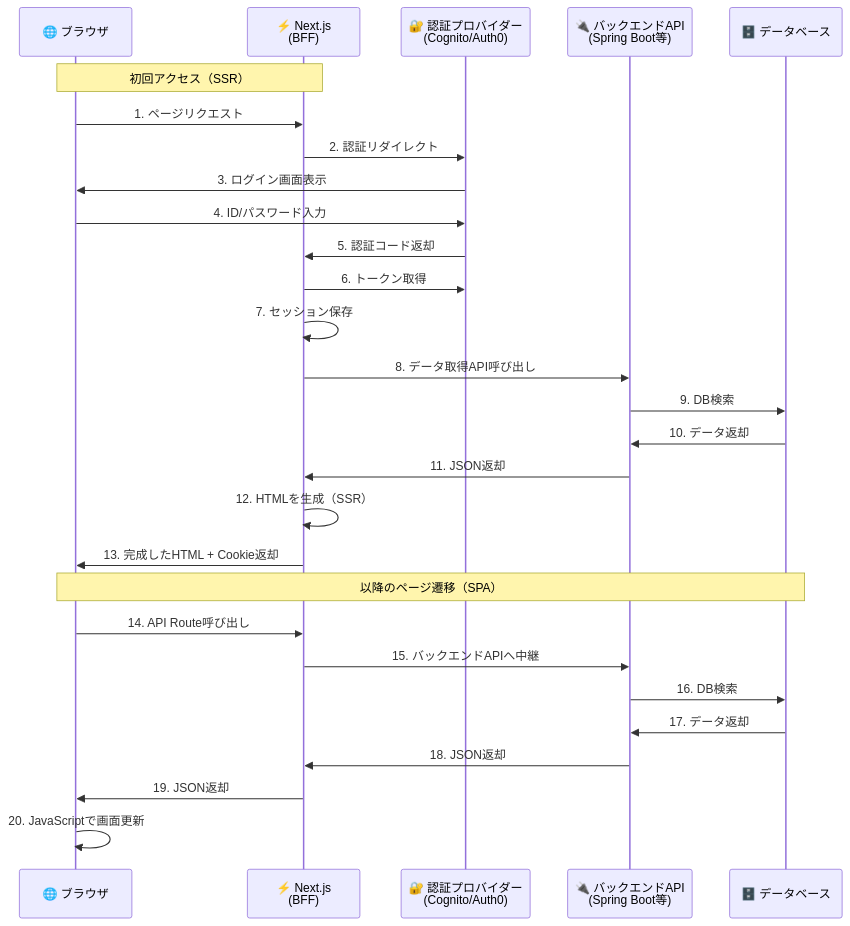
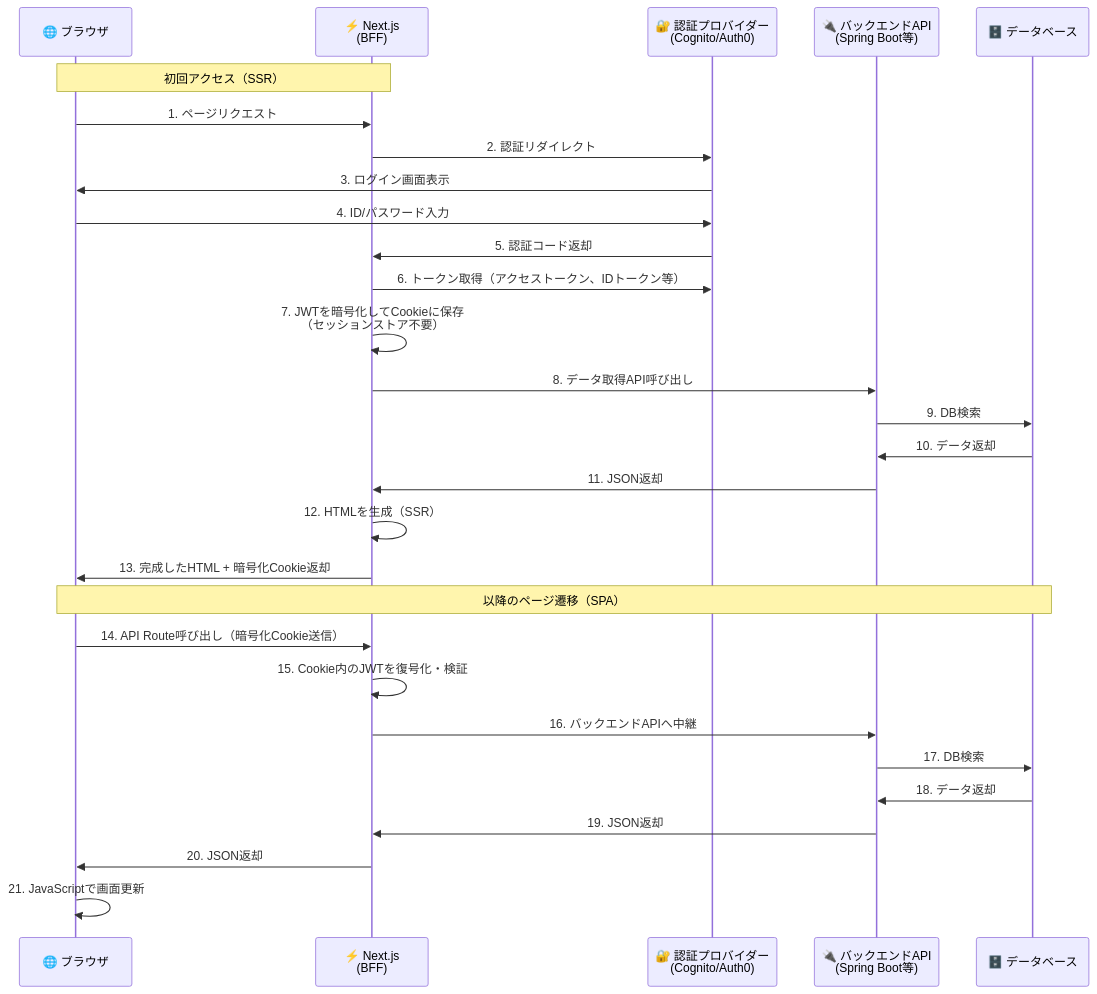
Before and after one commit to im-sts-miyamoto/mkdocs: diagram 11 of 14 in docs/src/auth/basics.md, drawn with Mermaid. The commit also changed other lines of this file, not shown here.

````diff
--- a/docs/src/auth/basics.md
+++ b/docs/src/auth/basics.md
@@ -939,32 +742,33 @@
     ```mermaid
     sequenceDiagram
         participant Browser as 🌐 ブラウザ
         participant BFF as ⚡ Next.js<br/>(BFF)
         participant IdP as 🔐 認証プロバイダー<br/>(Cognito/Auth0)
         participant API as 🔌 バックエンドAPI<br/>(Spring Boot等)
         participant DB as 🗄️ データベース
 
         Note over Browser,BFF: 初回アクセス（SSR）
         Browser->>BFF: 1. ページリクエスト
         BFF->>IdP: 2. 認証リダイレクト
         IdP->>Browser: 3. ログイン画面表示
         Browser->>IdP: 4. ID/パスワード入力
         IdP->>BFF: 5. 認証コード返却
-        BFF->>IdP: 6. トークン取得
-        BFF->>BFF: 7. セッション保存
+        BFF->>IdP: 6. トークン取得（アクセストークン、IDトークン等）
+        BFF->>BFF: 7. JWTを暗号化してCookieに保存<br/>（セッションストア不要）
         BFF->>API: 8. データ取得API呼び出し
         API->>DB: 9. DB検索
         DB->>API: 10. データ返却
         API->>BFF: 11. JSON返却
         BFF->>BFF: 12. HTMLを生成（SSR）
-        BFF->>Browser: 13. 完成したHTML + Cookie返却
+        BFF->>Browser: 13. 完成したHTML + 暗号化Cookie返却
 
         Note over Browser,DB: 以降のページ遷移（SPA）
-        Browser->>BFF: 14. API Route呼び出し
-        BFF->>API: 15. バックエンドAPIへ中継
-        API->>DB: 16. DB検索
-        DB->>API: 17. データ返却
-        API->>BFF: 18. JSON返却
-        BFF->>Browser: 19. JSON返却
-        Browser->>Browser: 20. JavaScriptで画面更新
+        Browser->>BFF: 14. API Route呼び出し（暗号化Cookie送信）
+        BFF->>BFF: 15. Cookie内のJWTを復号化・検証
+        BFF->>API: 16. バックエンドAPIへ中継
+        API->>DB: 17. DB検索
+        DB->>API: 18. データ返却
+        API->>BFF: 19. JSON返却
+        BFF->>Browser: 20. JSON返却
+        Browser->>Browser: 21. JavaScriptで画面更新
     ```
````
